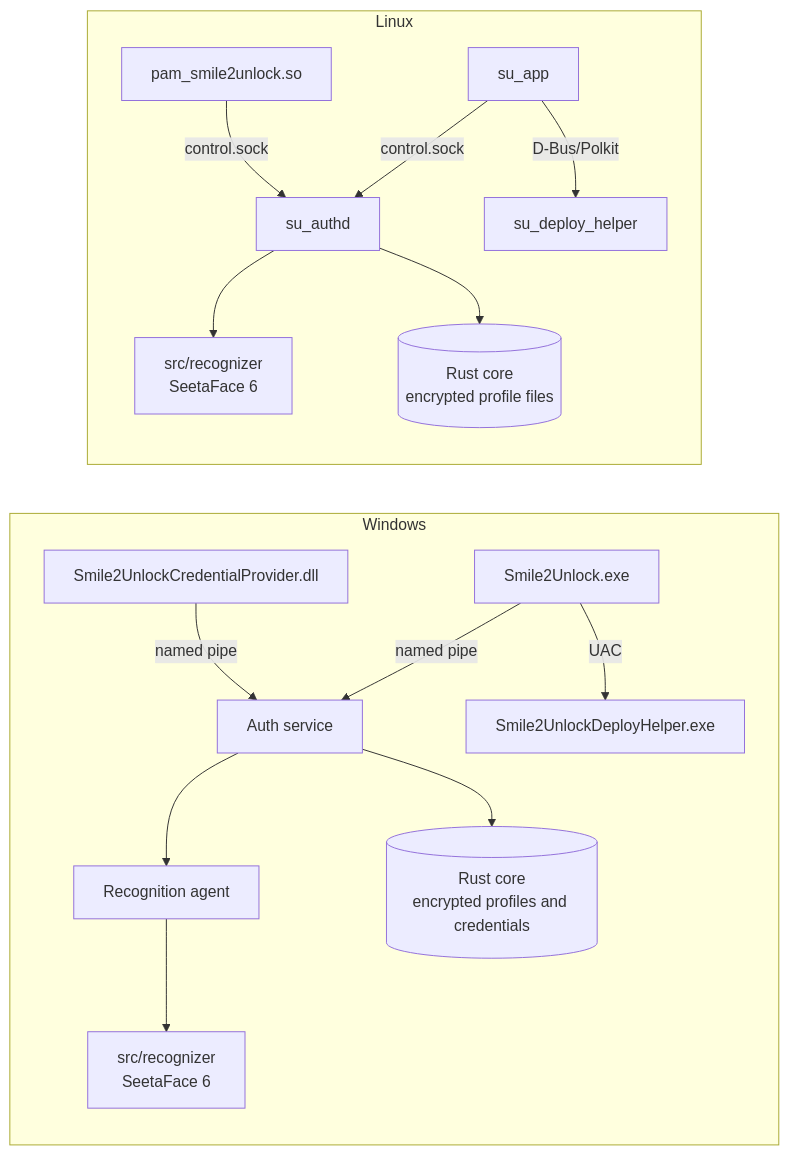
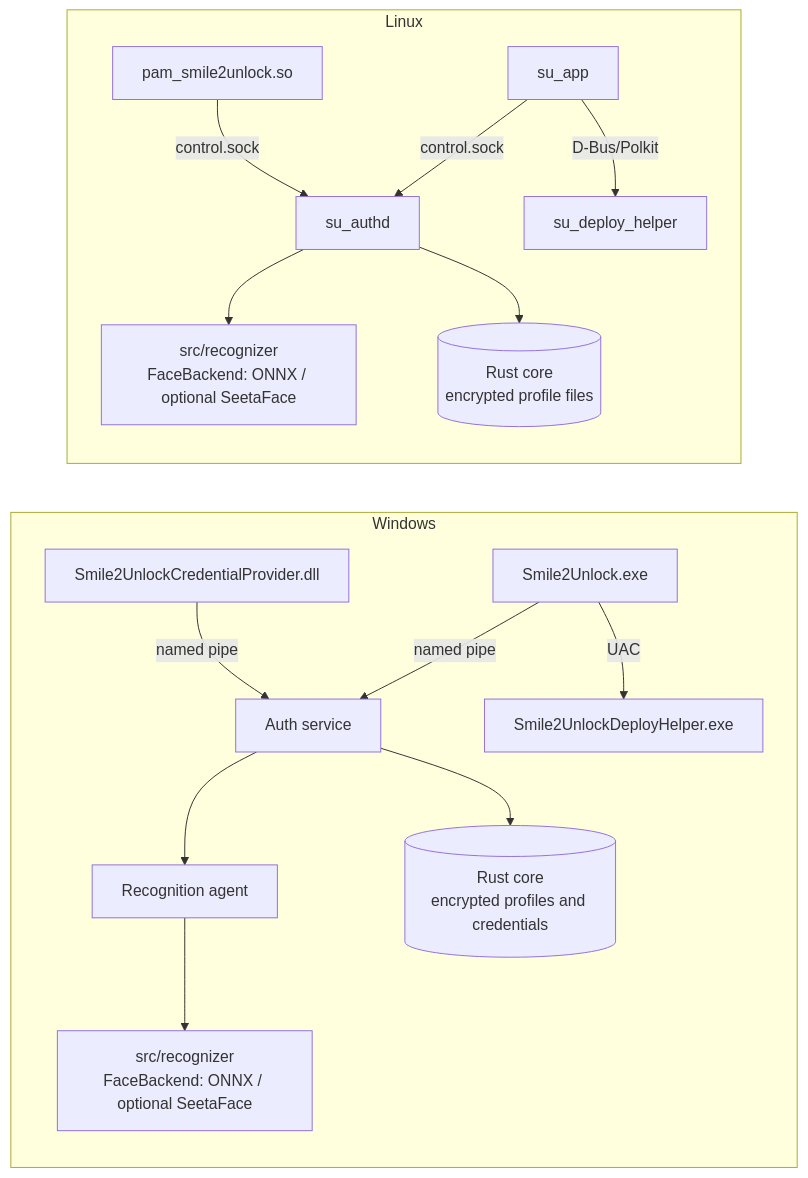
One commit to Smile2Unlock/Smile2Unlock_v2 changed the diagram in README.md. Above: the diagram before and after it, drawn with Mermaid. The commit also changed other lines of this file and 70 other files, not shown here.

First line of the commit message:
feat(recognizer): replace SeetaFace with LightFace ONNX backend by default (#145)

````diff
--- a/README.md
+++ b/README.md
@@ -120,18 +119,18 @@
 ```mermaid
 flowchart LR
     subgraph Windows
         CP[Smile2UnlockCredentialProvider.dll] -- named pipe --> SERVICE[Auth service]
         GUIW[Smile2Unlock.exe] -- named pipe --> SERVICE
         SERVICE --> AGENT[Recognition agent]
-        AGENT --> REC[src/recognizer<br/>SeetaFace 6]
+        AGENT --> REC[src/recognizer<br/>FaceBackend: ONNX / optional SeetaFace]
         SERVICE --> CORE[(Rust core<br/>encrypted profiles and credentials)]
         GUIW -- UAC --> HELPER[Smile2UnlockDeployHelper.exe]
     end
     subgraph Linux
         PAM[pam_smile2unlock.so] -- control.sock --> AUTHD[su_authd]
-        AUTHD --> REC2[src/recognizer<br/>SeetaFace 6]
+        AUTHD --> REC2[src/recognizer<br/>FaceBackend: ONNX / optional SeetaFace]
         AUTHD --> CORE2[(Rust core<br/>encrypted profile files)]
         GUI[su_app] -- control.sock --> AUTHD
         GUI -- D-Bus/Polkit --> HELPER2[su_deploy_helper]
     end
 ```
````
